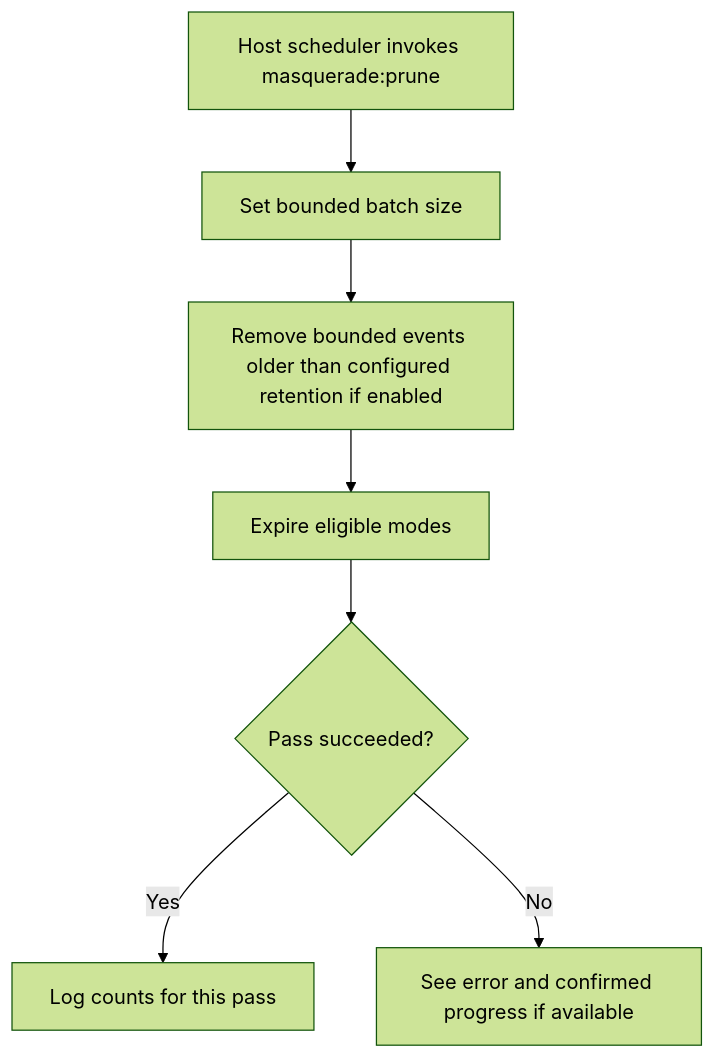
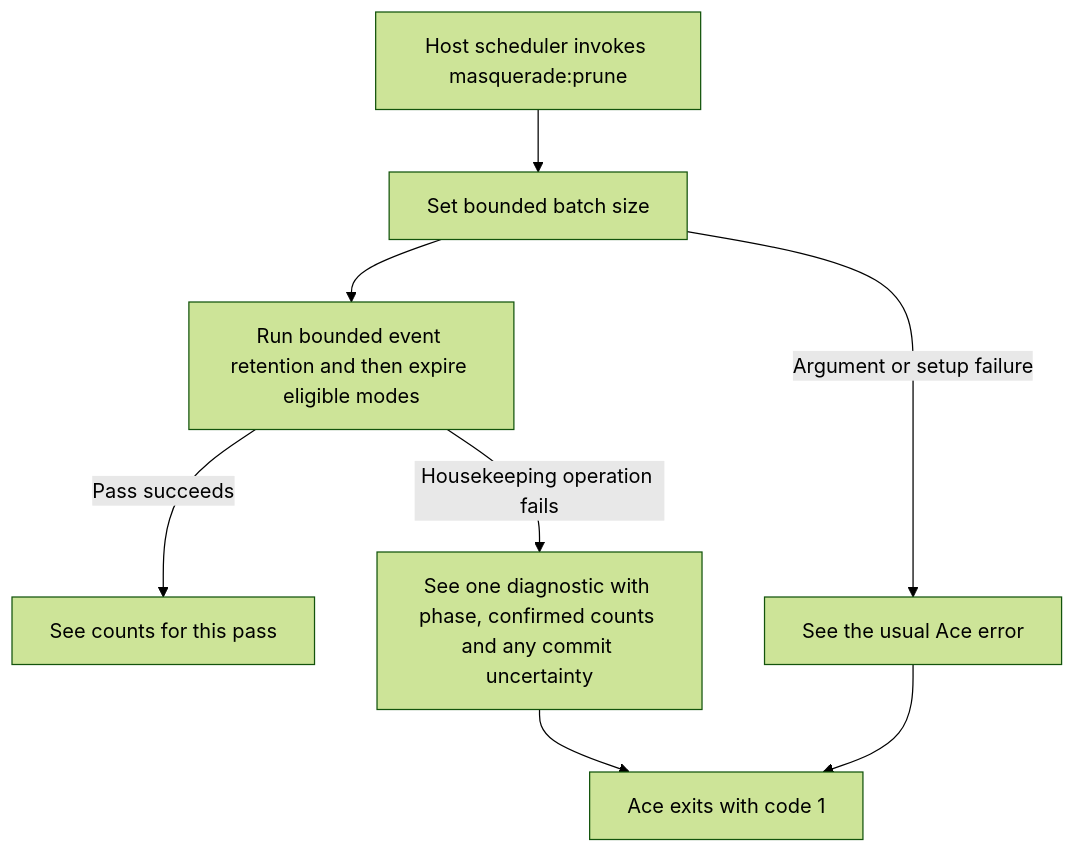
One commit to Kevinjohn/oss-adonisjs-masquerade changed the first of 2 diagrams in user-stories/expire-retain-modes/us-ops-03-expire-retain-modes.md. Above: the diagram before and after it, drawn with Mermaid (forest theme). The commit also changed other lines of this file and 3 other files, not shown here.

Commit message:
fix: report prune progress failures through Ace

````diff
--- a/user-stories/expire-retain-modes/us-ops-03-expire-retain-modes.md
+++ b/user-stories/expire-retain-modes/us-ops-03-expire-retain-modes.md
@@ -24,9 +24,10 @@
 ```mermaid
 flowchart TD
     A["Host scheduler invokes masquerade:prune"] --> B["Set bounded batch size"]
-    B --> C["Remove bounded events older than configured retention if enabled"]
-    C --> D["Expire eligible modes"]
-    D --> Q{"Pass succeeded?"}
-    Q -->|Yes| E["Log counts for this pass"]
-    Q -->|No| R["See error and confirmed progress if available"]
+    B --> C["Run bounded event retention and then expire eligible modes"]
+    C -->|Pass succeeds| E["See counts for this pass"]
+    C -->|Housekeeping operation fails| R["See one diagnostic with phase, confirmed counts and any commit uncertainty"]
+    B -->|Argument or setup failure| T["See the usual Ace error"]
+    R --> U["Ace exits with code 1"]
+    T --> U
 ```
````
